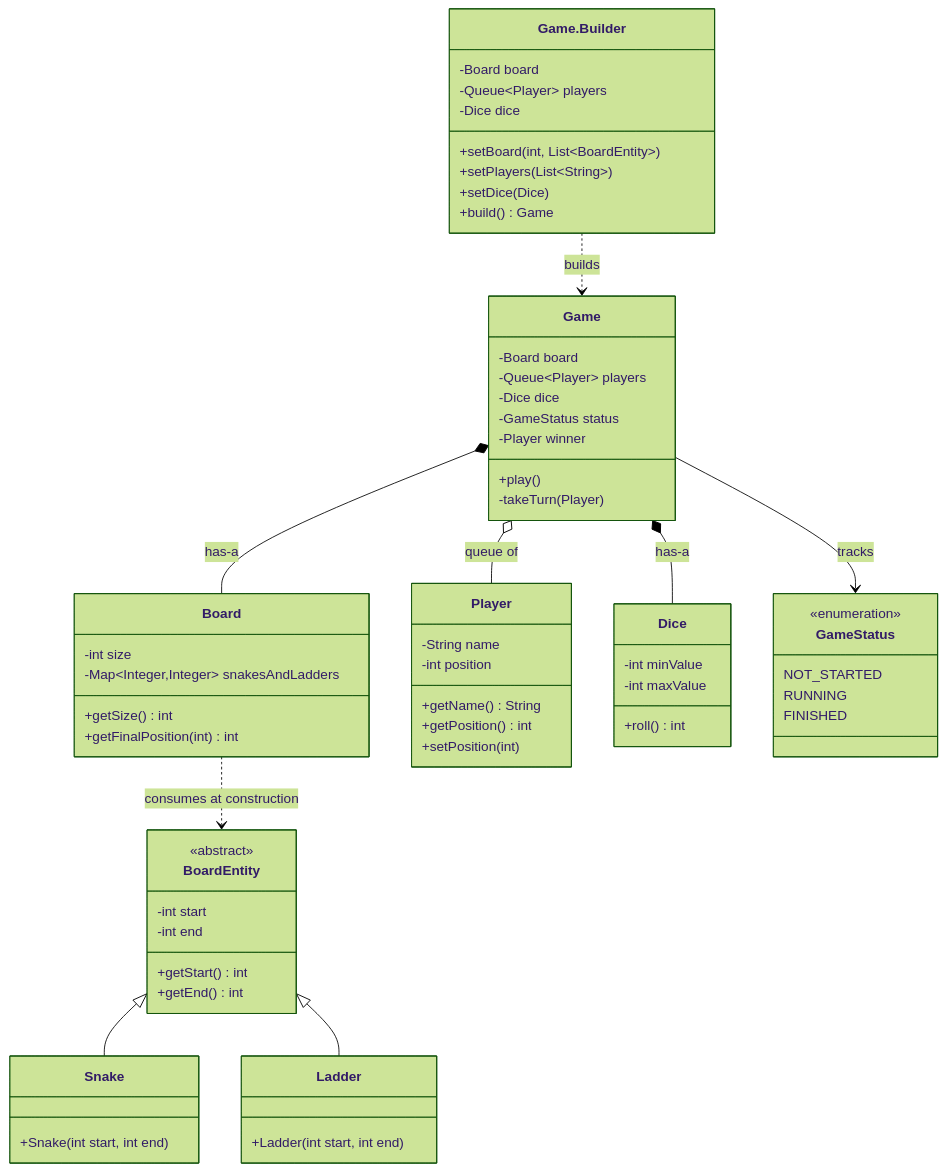
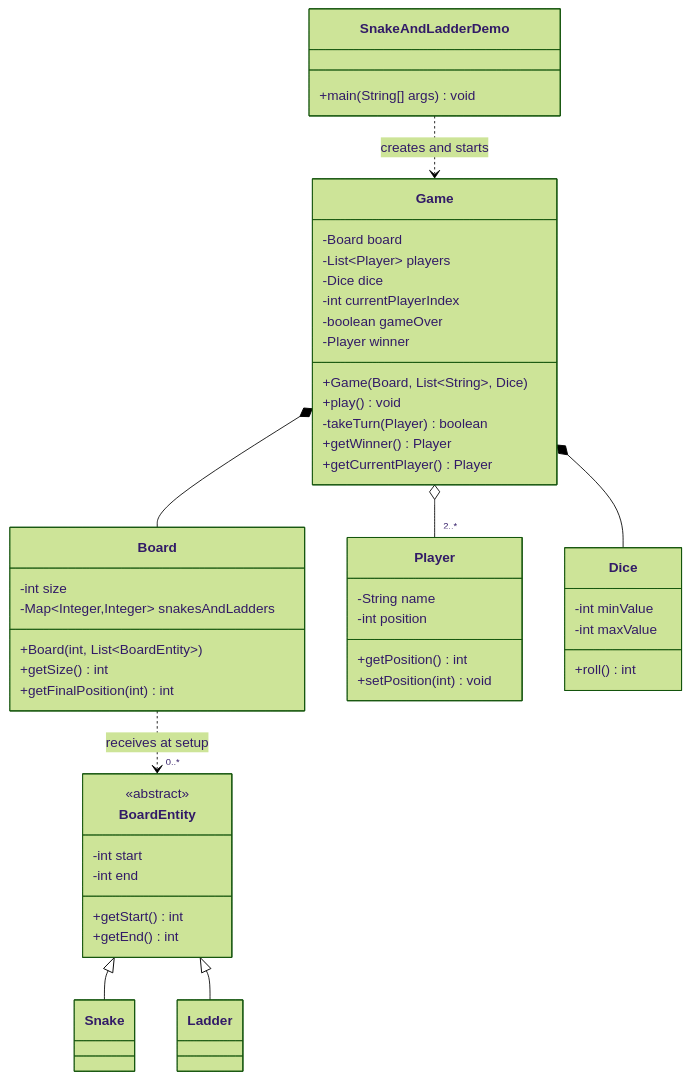
Before and after one commit to bhargavtenali/awesome-low-level-design: the first of 3 diagrams in solutions/java/src/snakeandladdergame/SnakeAndLadderLLD.md, drawn with Mermaid (forest theme). The commit also changed other lines of this file and 12 other files, not shown here.

Commit message:
Optimised Snake and Ladder Game

````diff
--- a/solutions/java/src/snakeandladdergame/SnakeAndLadderLLD.md
+++ b/solutions/java/src/snakeandladdergame/SnakeAndLadderLLD.md
@@ -62,75 +63,53 @@
 ```mermaid
 classDiagram
+    class SnakeAndLadderDemo {
+        +main(String[] args) void
+    }
     class Game {
         -Board board
-        -Queue~Player~ players
+        -List~Player~ players
         -Dice dice
-        -GameStatus status
+        -int currentPlayerIndex
+        -boolean gameOver
         -Player winner
-        +play()
-        -takeTurn(Player)
+        +Game(Board, List~String~, Dice)
+        +play() void
+        -takeTurn(Player) boolean
+        +getWinner() Player
+        +getCurrentPlayer() Player
     }
-
-    class Game.Builder {
-        -Board board
-        -Queue~Player~ players
-        -Dice dice
-        +setBoard(int, List~BoardEntity~)
-        +setPlayers(List~String~)
-        +setDice(Dice)
-        +build() Game
-    }
-
     class Board {
         -int size
         -Map~Integer,Integer~ snakesAndLadders
+        +Board(int, List~BoardEntity~)
         +getSize() int
         +getFinalPosition(int) int
     }
-
     class BoardEntity {
         <<abstract>>
         -int start
         -int end
         +getStart() int
         +getEnd() int
     }
-
-    class Snake {
-        +Snake(int start, int end)
-    }
-
-    class Ladder {
-        +Ladder(int start, int end)
-    }
-
+    class Snake
+    class Ladder
     class Player {
         -String name
         -int position
-        +getName() String
         +getPosition() int
-        +setPosition(int)
+        +setPosition(int) void
     }
-
     class Dice {
         -int minValue
         -int maxValue
         +roll() int
     }
-
-    class GameStatus {
-        <<enumeration>>
-        NOT_STARTED
-        RUNNING
-        FINISHED
-    }
-
-    Game.Builder ..> Game : builds
-    Game *-- Board : has-a
-    Game *-- Dice : has-a
-    Game o-- Player : queue of
-    Game --> GameStatus : tracks
-    Board ..> BoardEntity : consumes at construction
+    SnakeAndLadderDemo ..> Game : creates and starts
+    Game *-- Board
+    Game *-- Dice
+    Game o-- "2..*" Player
+    Board ..> "0..*" BoardEntity : receives at setup
     BoardEntity <|-- Snake
     BoardEntity <|-- Ladder
 ```
````
